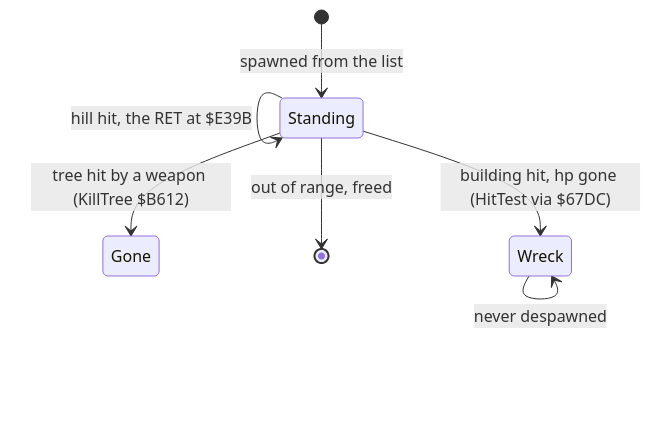
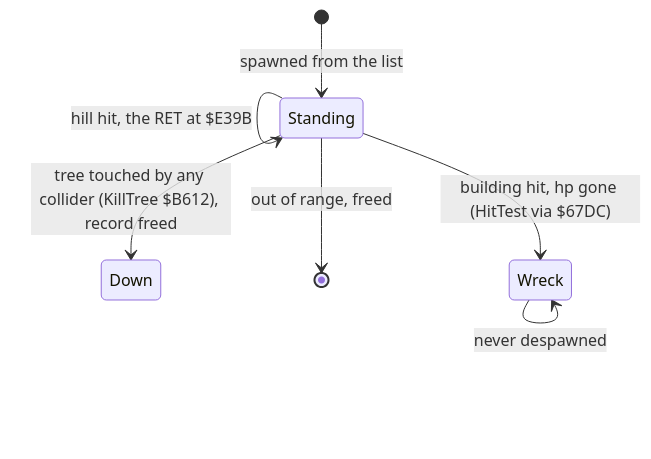
Before and after one commit to alfishe/unrealng-reverse-cases: the fourth of 21 diagrams in games/battle-command/docs/07-objects.md, drawn with Mermaid. The commit also changed other lines of this file and 75 other files, not shown here.

````diff
--- a/games/battle-command/docs/07-objects.md
+++ b/games/battle-command/docs/07-objects.md
@@ -553,9 +579,9 @@
 ```mermaid
 stateDiagram-v2
   [*] --> Standing: spawned from the list
   Standing --> Standing: hill hit, the RET at $E39B
   Standing --> Wreck: building hit, hp gone (HitTest via $67DC)
-  Standing --> Gone: tree hit by a weapon (KillTree $B612)
+  Standing --> Down: tree touched by any collider (KillTree $B612), record freed
   Wreck --> Wreck: never despawned
   Standing --> [*]: out of range, freed
 ```
````
